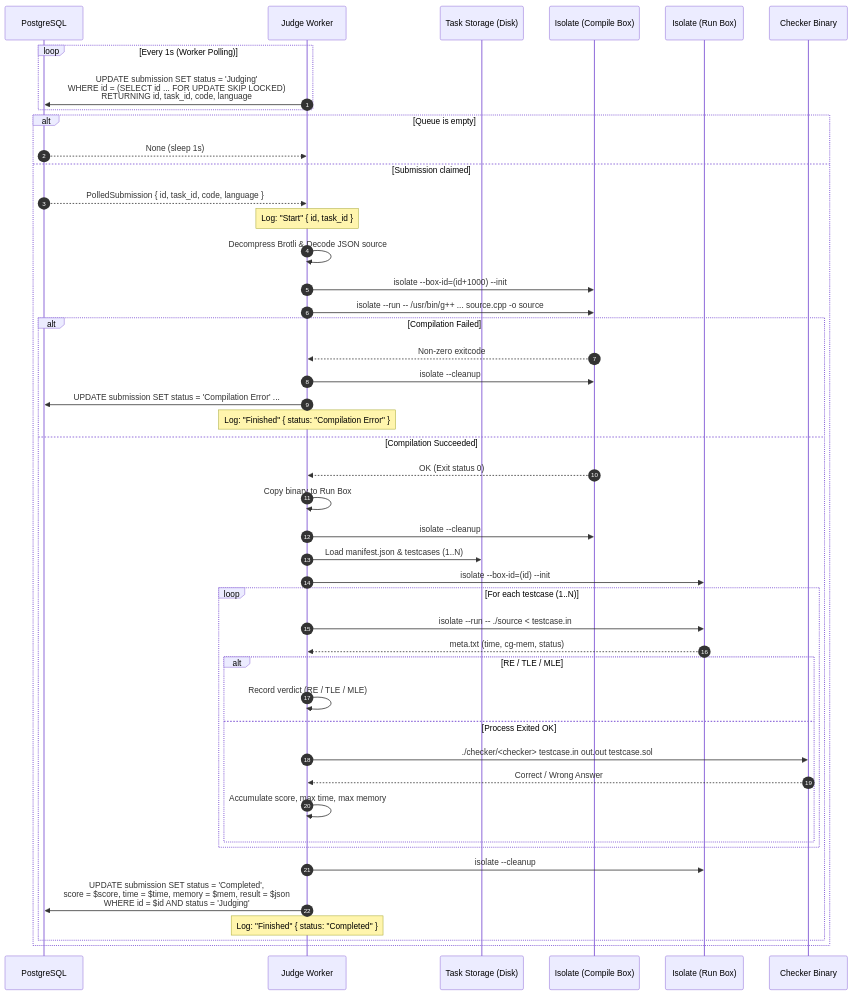
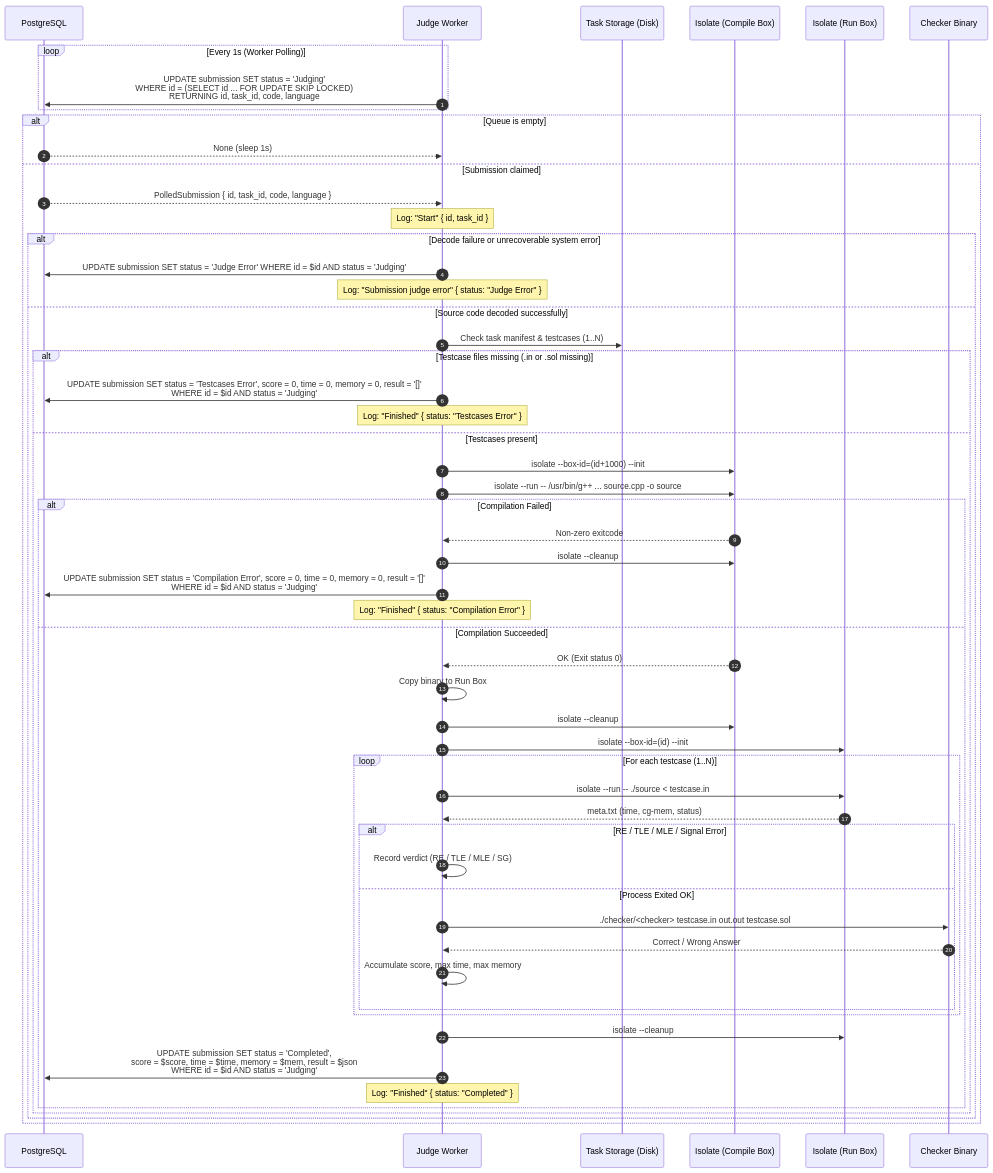
Before and after one commit to chawinkn/judge-ma-di: the second of 2 diagrams in docs/architecture.md, drawn with Mermaid. The commit also changed other lines of this file and 2 other files, not shown here.

Commit message:
docs: document schema contracts, queue query, and task endpoints

````diff
--- a/docs/architecture.md
+++ b/docs/architecture.md
@@ -45,61 +45,69 @@
 ```mermaid
 sequenceDiagram
     autonumber
     participant DB as PostgreSQL
     participant W as Judge Worker
     participant FS as Task Storage (Disk)
     participant CB as Isolate (Compile Box)
     participant RB as Isolate (Run Box)
     participant CK as Checker Binary
 
     loop Every 1s (Worker Polling)
         W->>DB: UPDATE submission SET status = 'Judging'<br/>WHERE id = (SELECT id ... FOR UPDATE SKIP LOCKED)<br/>RETURNING id, task_id, code, language
     end
 
     alt Queue is empty
         DB-->>W: None (sleep 1s)
     else Submission claimed
         DB-->>W: PolledSubmission { id, task_id, code, language }
         Note over W: Log: "Start" { id, task_id }
         
-        W->>W: Decompress Brotli & Decode JSON source
-        
-        %% Step 1: Sandboxed Compilation
-        W->>CB: isolate --box-id=(id+1000) --init
-        W->>CB: isolate --run -- /usr/bin/g++ ... source.cpp -o source
-        
-        alt Compilation Failed
-            CB-->>W: Non-zero exitcode
-            W->>CB: isolate --cleanup
-            W->>DB: UPDATE submission SET status = 'Compilation Error' ...
-            Note over W: Log: "Finished" { status: "Compilation Error" }
-        else Compilation Succeeded
-            CB-->>W: OK (Exit status 0)
-            W->>W: Copy binary to Run Box
-            W->>CB: isolate --cleanup
+        alt Decode failure or unrecoverable system error
+            W->>DB: UPDATE submission SET status = 'Judge Error' WHERE id = $id AND status = 'Judging'
+            Note over W: Log: "Submission judge error" { status: "Judge Error" }
+        else Source code decoded successfully
+            W->>FS: Check task manifest & testcases (1..N)
+            alt Testcase files missing (.in or .sol missing)
+                W->>DB: UPDATE submission SET status = 'Testcases Error', score = 0, time = 0, memory = 0, result = '[]'<br/>WHERE id = $id AND status = 'Judging'
+                Note over W: Log: "Finished" { status: "Testcases Error" }
+            else Testcases present
+                %% Step 1: Sandboxed Compilation
+                W->>CB: isolate --box-id=(id+1000) --init
+                W->>CB: isolate --run -- /usr/bin/g++ ... source.cpp -o source
+                
+                alt Compilation Failed
+                    CB-->>W: Non-zero exitcode
+                    W->>CB: isolate --cleanup
+                    W->>DB: UPDATE submission SET status = 'Compilation Error', score = 0, time = 0, memory = 0, result = '[]'<br/>WHERE id = $id AND status = 'Judging'
+                    Note over W: Log: "Finished" { status: "Compilation Error" }
+                else Compilation Succeeded
+                    CB-->>W: OK (Exit status 0)
+                    W->>W: Copy binary to Run Box
+                    W->>CB: isolate --cleanup
 
-            %% Step 2: Testcase Evaluation
-            W->>FS: Load manifest.json & testcases (1..N)
-            W->>RB: isolate --box-id=(id) --init
+                    %% Step 2: Testcase Evaluation
+                    W->>RB: isolate --box-id=(id) --init
 
-            loop For each testcase (1..N)
-                W->>RB: isolate --run -- ./source < testcase.in
-                RB-->>W: meta.txt (time, cg-mem, status)
-                
-                alt RE / TLE / MLE
-                    W->>W: Record verdict (RE / TLE / MLE)
-                else Process Exited OK
-                    W->>CK: ./checker/<checker> testcase.in out.out testcase.sol
-                    CK-->>W: Correct / Wrong Answer
-                    W->>W: Accumulate score, max time, max memory
+                    loop For each testcase (1..N)
+                        W->>RB: isolate --run -- ./source < testcase.in
+                        RB-->>W: meta.txt (time, cg-mem, status)
+                        
+                        alt RE / TLE / MLE / Signal Error
+                            W->>W: Record verdict (RE / TLE / MLE / SG)
+                        else Process Exited OK
+                            W->>CK: ./checker/<checker> testcase.in out.out testcase.sol
+                            CK-->>W: Correct / Wrong Answer
+                            W->>W: Accumulate score, max time, max memory
+                        end
+                    end
+
+                    W->>RB: isolate --cleanup
+
+                    %% Step 3: Writeback
+                    W->>DB: UPDATE submission SET status = 'Completed',<br/>score = $score, time = $time, memory = $mem, result = $json<br/>WHERE id = $id AND status = 'Judging'
+                    Note over W: Log: "Finished" { status: "Completed" }
                 end
             end
-
-            W->>RB: isolate --cleanup
-
-            %% Step 3: Writeback
-            W->>DB: UPDATE submission SET status = 'Completed',<br/>score = $score, time = $time, memory = $mem, result = $json<br/>WHERE id = $id AND status = 'Judging'
-            Note over W: Log: "Finished" { status: "Completed" }
         end
     end
 ```
````
